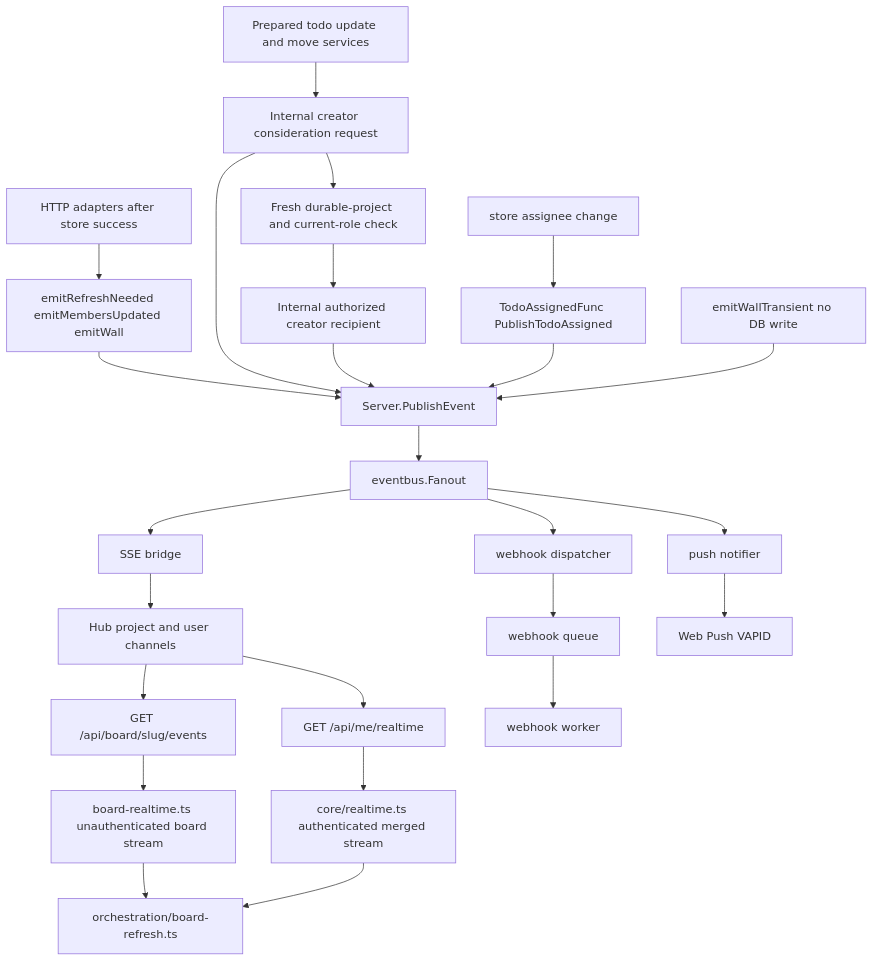
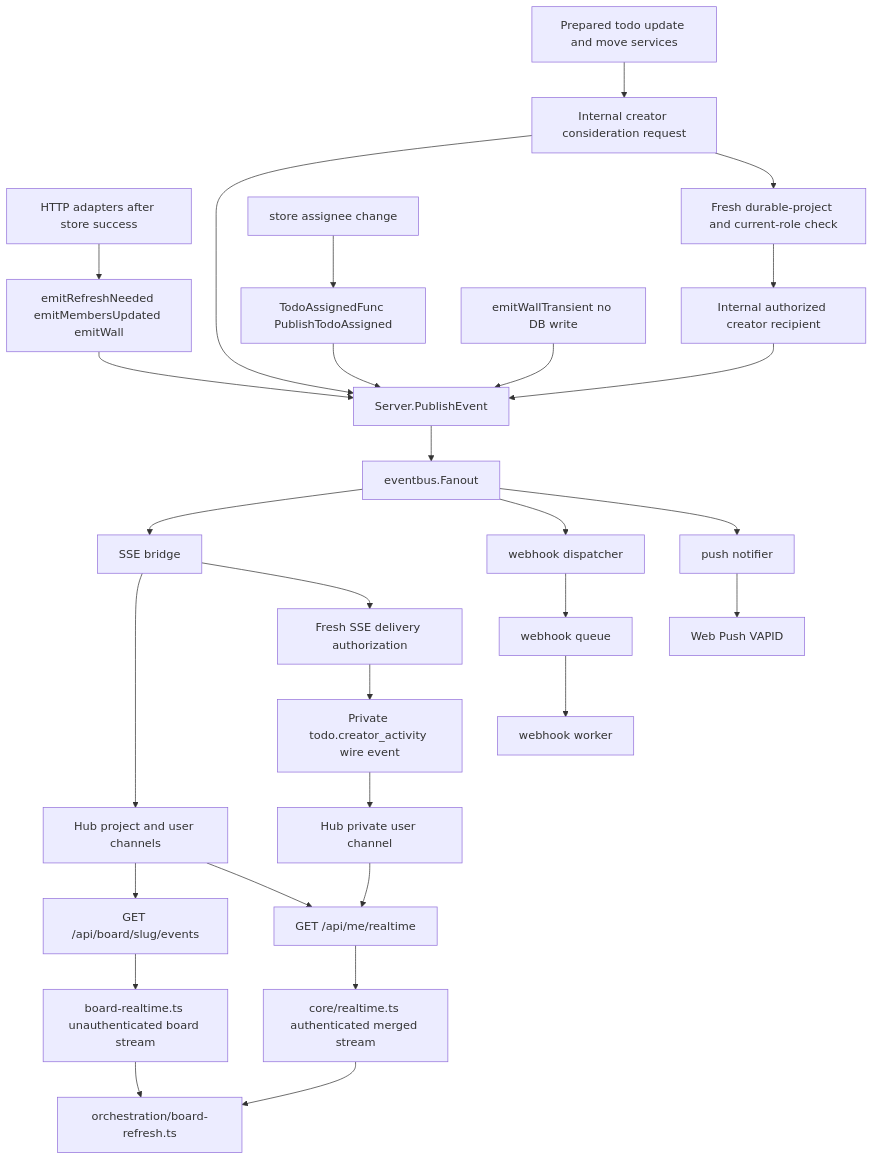
One commit to markrai/scrumboy changed the diagram in docs/diagrams/scrumboy_realtime_events.md. Above: the diagram before and after it, drawn with Mermaid. The commit also changed other lines of this file and 42 other files, not shown here.

Commit message:
feat(todo): deliver creator activity over private SSE

````diff
--- a/docs/diagrams/scrumboy_realtime_events.md
+++ b/docs/diagrams/scrumboy_realtime_events.md
@@ -7,38 +9,42 @@
 ```mermaid
 flowchart TB
   Handler[HTTP adapters after store success]
   Prepared[Prepared todo update and move services]
   CreatorRequest[Internal creator consideration request]
   CreatorAuth[Fresh durable-project and current-role check]
   AuthorizedCreator[Internal authorized creator recipient]
+  SSEReauth[Fresh SSE delivery authorization]
+  CreatorWire[Private todo.creator_activity wire event]
   Emit["emitRefreshNeeded emitMembersUpdated emitWall"]
   Pub[Server.PublishEvent]
   Fan[eventbus.Fanout]
 
   Handler --> Emit --> Pub --> Fan
   Prepared --> CreatorRequest --> Pub
   CreatorRequest --> CreatorAuth --> AuthorizedCreator --> Pub
 
   AssignStore[store assignee change]
   CB["TodoAssignedFunc PublishTodoAssigned"]
   AssignStore --> CB --> Pub
 
   Transient["emitWallTransient no DB write"]
   Transient --> Pub
 
   Fan --> Bridge[SSE bridge]
   Fan --> WHDisp[webhook dispatcher]
   Fan --> PushN[push notifier]
 
   Bridge --> Hub[Hub project and user channels]
+  Bridge --> SSEReauth --> CreatorWire --> CreatorUserHub[Hub private user channel]
   Hub --> BoardSSE["GET /api/board/slug/events"]
   Hub --> UserSSE["GET /api/me/realtime"]
+  CreatorUserHub --> UserSSE
   BoardSSE --> BoardClient[board-realtime.ts unauthenticated board stream]
   UserSSE --> LoggedClient[core/realtime.ts authenticated merged stream]
   BoardClient --> Refresh[orchestration/board-refresh.ts]
   LoggedClient --> Refresh
 
   WHDisp --> Queue[webhook queue]
   Queue --> Worker[webhook worker]
   PushN --> VAPID[Web Push VAPID]
 ```
````
